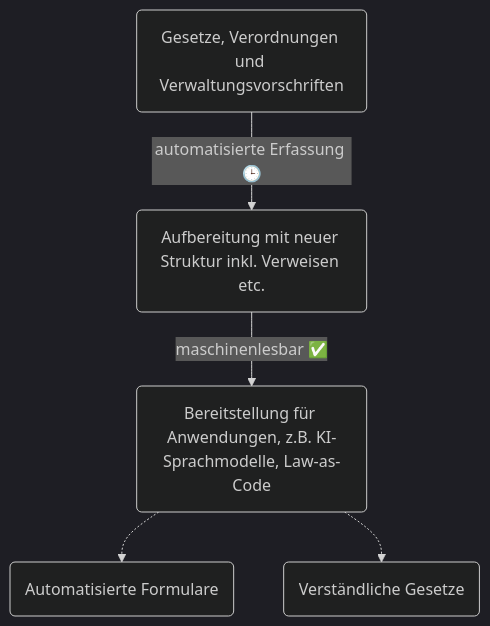
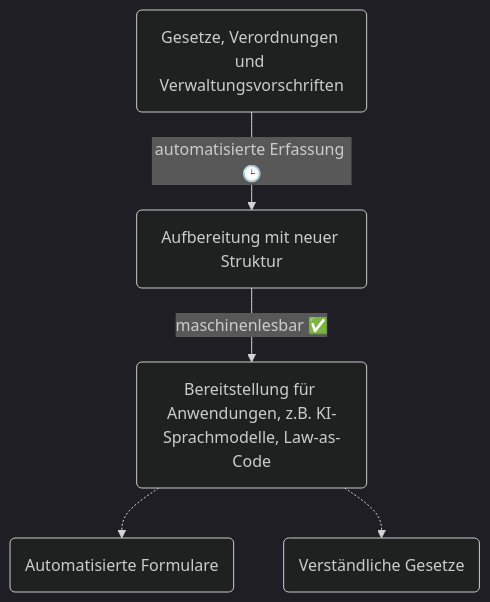
The diagram in slides/02_big-picture.md (stefanmaeder/dotgov), drawn with Mermaid (dark theme) before and after one commit.

````diff
--- a/slides/02_big-picture.md
+++ b/slides/02_big-picture.md
@@ -1,7 +1,7 @@
 ```mermaid
 flowchart TD
-    A(Gesetze, Verordnungen und Verwaltungsvorschriften) -->|automatisierte Erfassung 🕒| B(Aufbereitung mit neuer Struktur inkl. Verweisen etc.)
+    A(Gesetze, Verordnungen und Verwaltungsvorschriften) -->|automatisierte Erfassung 🕒| B(Aufbereitung mit neuer Struktur)
     B --> |maschinenlesbar ✅| C(Bereitstellung für Anwendungen, z.B. KI-Sprachmodelle, Law-as-Code)
     C -.-> D(Automatisierte Formulare)
     C -.-> E(Verständliche Gesetze)
 ```
````
